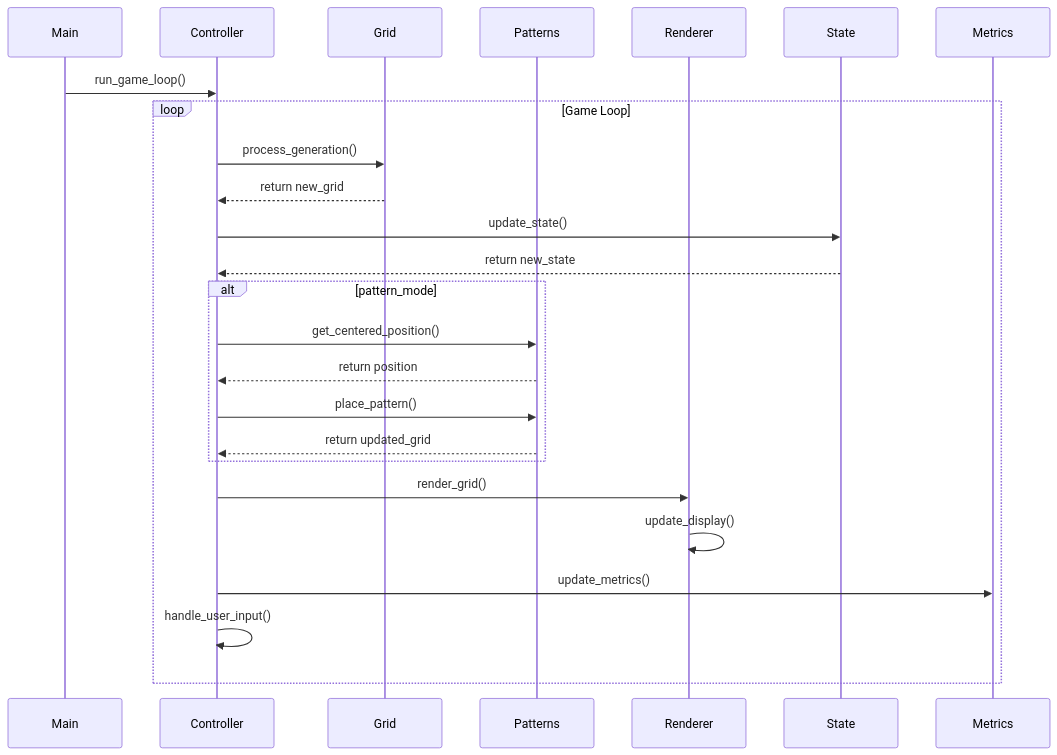
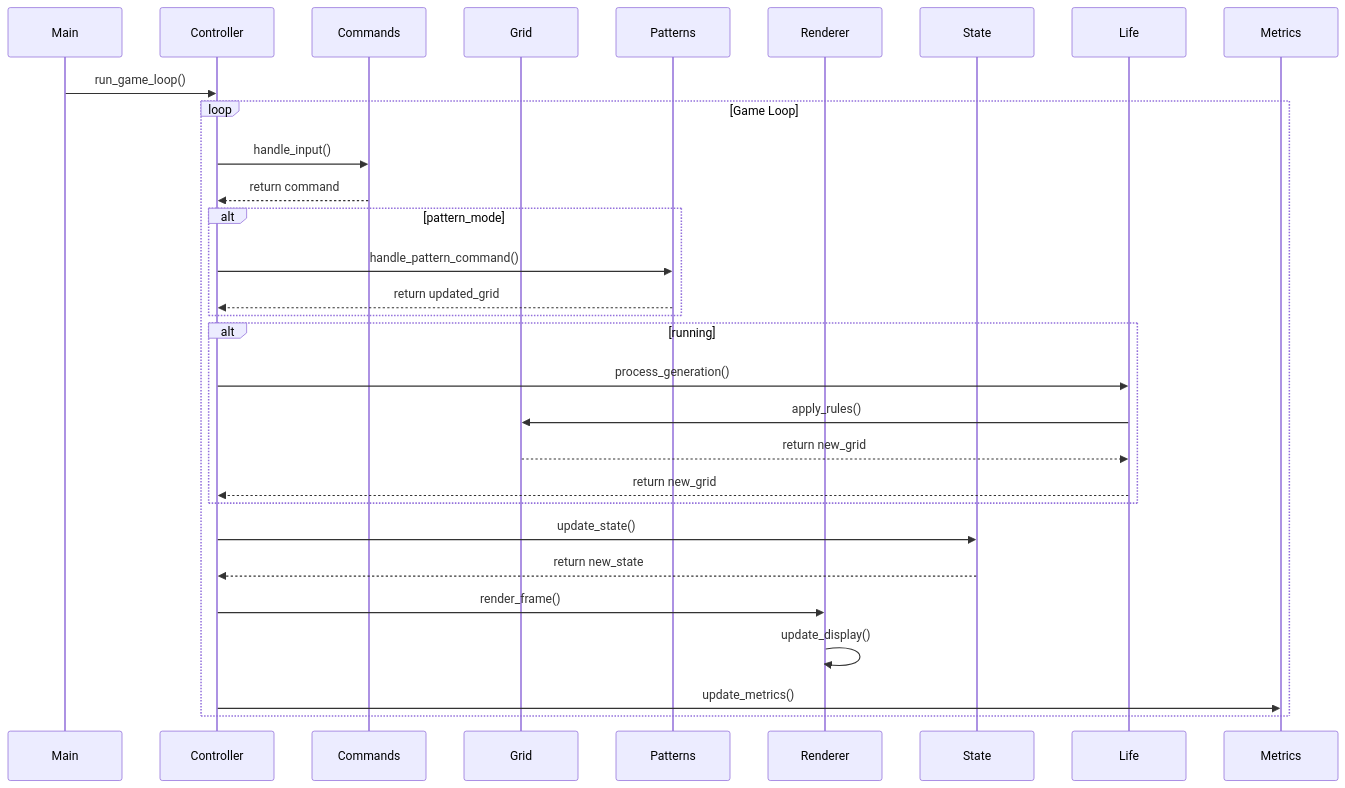
Before and after one commit to dewe/py-gol: the second of 6 diagrams in docs/diagrams.md, drawn with Mermaid. The commit also changed other lines of this file and 7 other files, not shown here.

````diff
--- a/docs/diagrams.md
+++ b/docs/diagrams.md
@@ -29,28 +32,33 @@
 ```mermaid
 sequenceDiagram
     participant Main
     participant Controller
+    participant Commands
     participant Grid
     participant Patterns
     participant Renderer
     participant State
+    participant Life
     participant Metrics
     
     Main->>Controller: run_game_loop()
     loop Game Loop
-        Controller->>Grid: process_generation()
-        Grid-->>Controller: return new_grid
+        Controller->>Commands: handle_input()
+        Commands-->>Controller: return command
+        alt pattern_mode
+            Controller->>Patterns: handle_pattern_command()
+            Patterns-->>Controller: return updated_grid
+        end
+        alt running
+            Controller->>Life: process_generation()
+            Life->>Grid: apply_rules()
+            Grid-->>Life: return new_grid
+            Life-->>Controller: return new_grid
+        end
         Controller->>State: update_state()
         State-->>Controller: return new_state
-        alt pattern_mode
-            Controller->>Patterns: get_centered_position()
-            Patterns-->>Controller: return position
-            Controller->>Patterns: place_pattern()
-            Patterns-->>Controller: return updated_grid
-        end
-        Controller->>Renderer: render_grid()
+        Controller->>Renderer: render_frame()
         Renderer->>Renderer: update_display()
         Controller->>Metrics: update_metrics()
-        Controller->>Controller: handle_user_input()
     end
 ```
````
